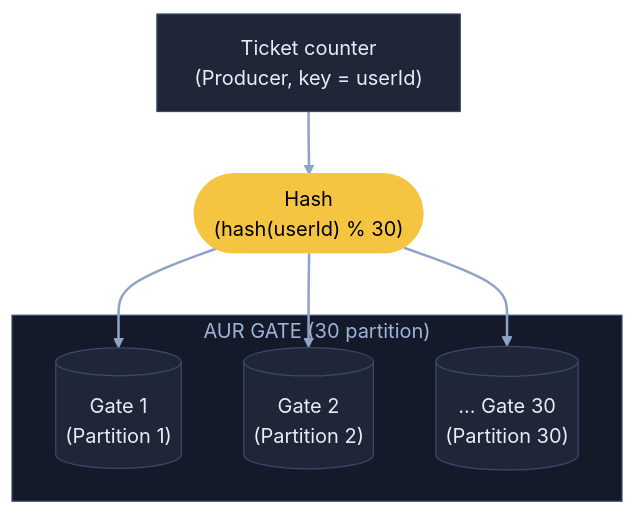
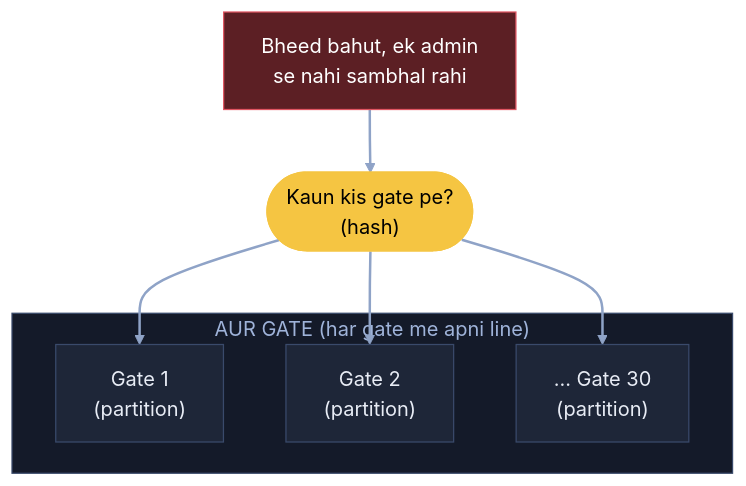
The third of 10 diagrams in 04_HLD/SYSTEM_DESIGNS/12_message_queue_kafka/12_message_queue_kafka.md (ArpanMaheshwari144/Prep), drawn with Mermaid before and after one commit. The commit also changed other lines of this file, not shown here.

Commit message:
Kafka: 10 diagram stadium kahani (hand notes) se; runner / order cancel / min.insync / 5000 fan jaisi apni jodi baatein hatai, K6 pehli soch wapas

````diff
--- a/04_HLD/SYSTEM_DESIGNS/12_message_queue_kafka/12_message_queue_kafka.md
+++ b/04_HLD/SYSTEM_DESIGNS/12_message_queue_kafka/12_message_queue_kafka.md
@@ -95,20 +102,20 @@
 ```mermaid
 flowchart TB
-    O["Ticket counter<br/>(Producer, key = userId)"]:::card
-    H(["Hash<br/>(hash(userId) % 30)"]):::pill
-    subgraph GT["AUR GATE (30 partition)"]
-        G1[("Gate 1<br/>(Partition 1)")]:::card
-        G2[("Gate 2<br/>(Partition 2)")]:::card
-        GN[("... Gate 30<br/>(Partition 30)")]:::card
+    U["Bheed bahut, ek admin<br/>se nahi sambhal rahi"]:::bad
+    H(["Kaun kis gate pe?<br/>(hash)"]):::pill
+    subgraph GT["AUR GATE (har gate me apni line)"]
+        G1["Gate 1<br/>(partition)"]:::card
+        G2["Gate 2<br/>(partition)"]:::card
+        GN["... Gate 30<br/>(partition)"]:::card
     end
-    O --> H
+    U --> H
     H --> G1
     H --> G2
     H --> GN
     linkStyle default stroke:#8fa3c7,stroke-width:2px
     classDef card fill:#1e2638,stroke:#3a4a6b,color:#e8ecf5
     classDef pill fill:#f5c542,stroke:#f5c542,color:#000
     classDef good fill:#2e7d4f,stroke:#3fbf6f,color:#fff
     classDef bad fill:#5c1f24,stroke:#e05561,color:#fff
     style GT fill:#141a29,stroke:#3a4a6b,color:#9fb3d9
 ```
````
